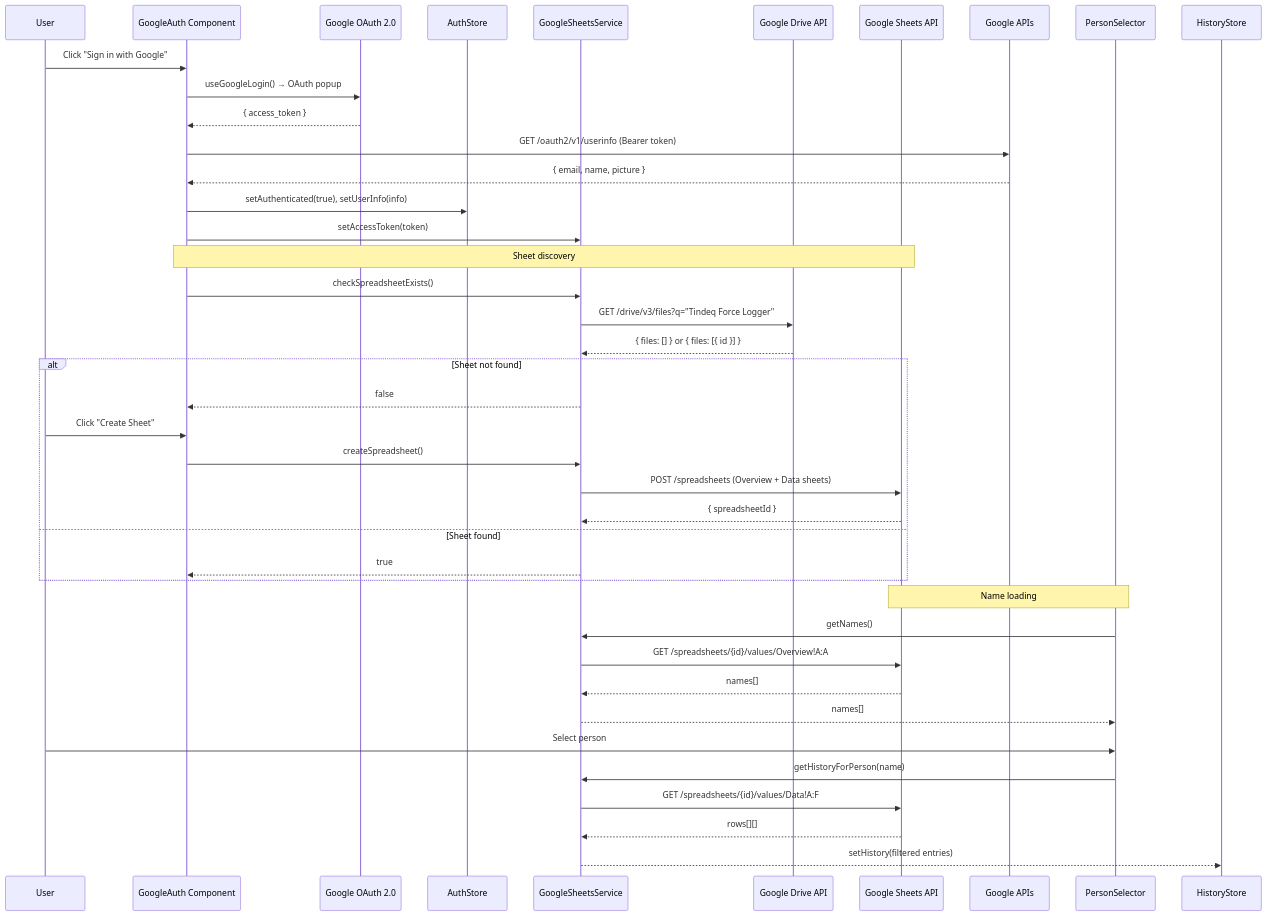
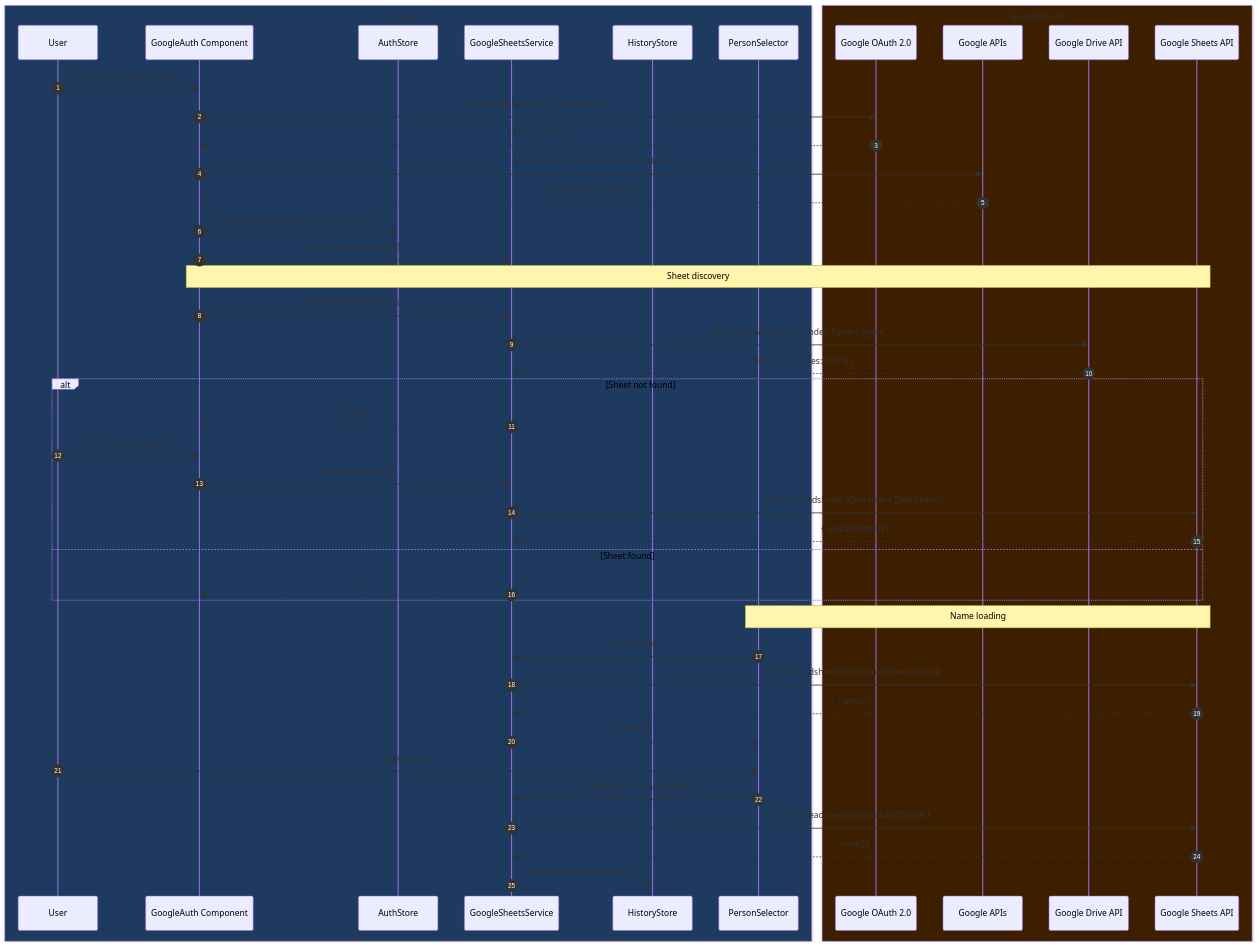
One commit to DerekLieww/Force-Recorder changed the seventh of 23 diagrams in ARCHITECTURE.md. Above: the diagram before and after it, drawn with Mermaid. The commit also changed other lines of this file and 9 other files, not shown here.

````diff
--- a/ARCHITECTURE.md
+++ b/ARCHITECTURE.md
@@ -366,46 +410,52 @@
 ```mermaid
 sequenceDiagram
+    autonumber
+    box rgb(30,58,95) Browser
     participant User
     participant GoogleAuth as GoogleAuth Component
-    participant OAuthProvider as Google OAuth 2.0
     participant AuthStore
     participant SheetsService as GoogleSheetsService
+    participant HistoryStore
+    participant PersonSelector
+    end
+    box rgb(61,31,0) Google Cloud
+    participant OAuthProvider as Google OAuth 2.0
+    participant GoogleAPI as Google APIs
     participant DriveAPI as Google Drive API
     participant SheetsAPI as Google Sheets API
-    participant GoogleAPI as Google APIs
-    participant PersonSelector
+    end
 
     User->>GoogleAuth: Click "Sign in with Google"
     GoogleAuth->>OAuthProvider: useGoogleLogin() → OAuth popup
     OAuthProvider-->>GoogleAuth: { access_token }
     GoogleAuth->>GoogleAPI: GET /oauth2/v1/userinfo (Bearer token)
     GoogleAPI-->>GoogleAuth: { email, name, picture }
     GoogleAuth->>AuthStore: setAuthenticated(true), setUserInfo(info)
     GoogleAuth->>SheetsService: setAccessToken(token)
 
     Note over GoogleAuth,SheetsAPI: Sheet discovery
     GoogleAuth->>SheetsService: checkSpreadsheetExists()
     SheetsService->>DriveAPI: GET /drive/v3/files?q="Tindeq Force Logger"
     DriveAPI-->>SheetsService: { files: [] } or { files: [{ id }] }
     alt Sheet not found
         SheetsService-->>GoogleAuth: false
         User->>GoogleAuth: Click "Create Sheet"
         GoogleAuth->>SheetsService: createSpreadsheet()
         SheetsService->>SheetsAPI: POST /spreadsheets (Overview + Data sheets)
         SheetsAPI-->>SheetsService: { spreadsheetId }
     else Sheet found
         SheetsService-->>GoogleAuth: true
     end
 
     Note over PersonSelector,SheetsAPI: Name loading
     PersonSelector->>SheetsService: getNames()
     SheetsService->>SheetsAPI: GET /spreadsheets/{id}/values/Overview!A:A
     SheetsAPI-->>SheetsService: names[]
     SheetsService-->>PersonSelector: names[]
 
     User->>PersonSelector: Select person
     PersonSelector->>SheetsService: getHistoryForPerson(name)
     SheetsService->>SheetsAPI: GET /spreadsheets/{id}/values/Data!A:F
     SheetsAPI-->>SheetsService: rows[][]
     SheetsService-->>HistoryStore: setHistory(filtered entries)
 ```
````
